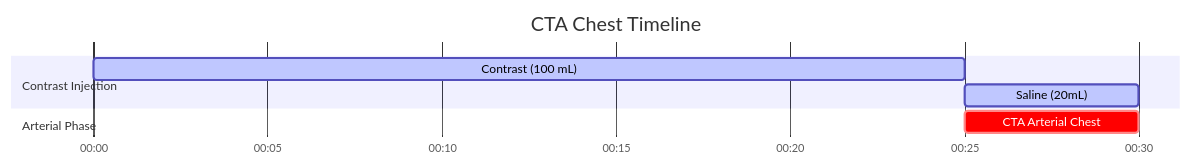
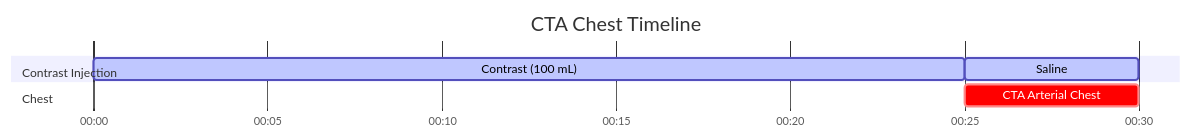
The diagram in docs/ct/vascular/cta-chest.md (dfergs93/radiology-protocols), drawn with Mermaid before and after one commit. The commit also changed other lines of this file and 101 other files, not shown here.

````diff
--- a/docs/ct/vascular/cta-chest.md
+++ b/docs/ct/vascular/cta-chest.md
@@ -83,16 +84,18 @@
   ```mermaid
   ---
+  displayMode: compact
   config:
     theme: default
+    themeCSS: " #Saline{ fill: #4ed5ff; stroke: #2094f3; } "
   ---
     gantt
       title CTA Chest Timeline
       dateFormat mm:ss
       axisFormat %M:%S 
       
       section Contrast Injection
       Contrast (100 mL)    :active, contrast, 00:00, 25s
-      Saline (20mL)          :active, saline, after contrast, 5s
-      section Arterial Phase
+      Saline          :active, saline, after contrast, 5s
+      section Chest
       CTA Arterial Chest    :crit, scan1, after contrast, 5s
   ```
````
